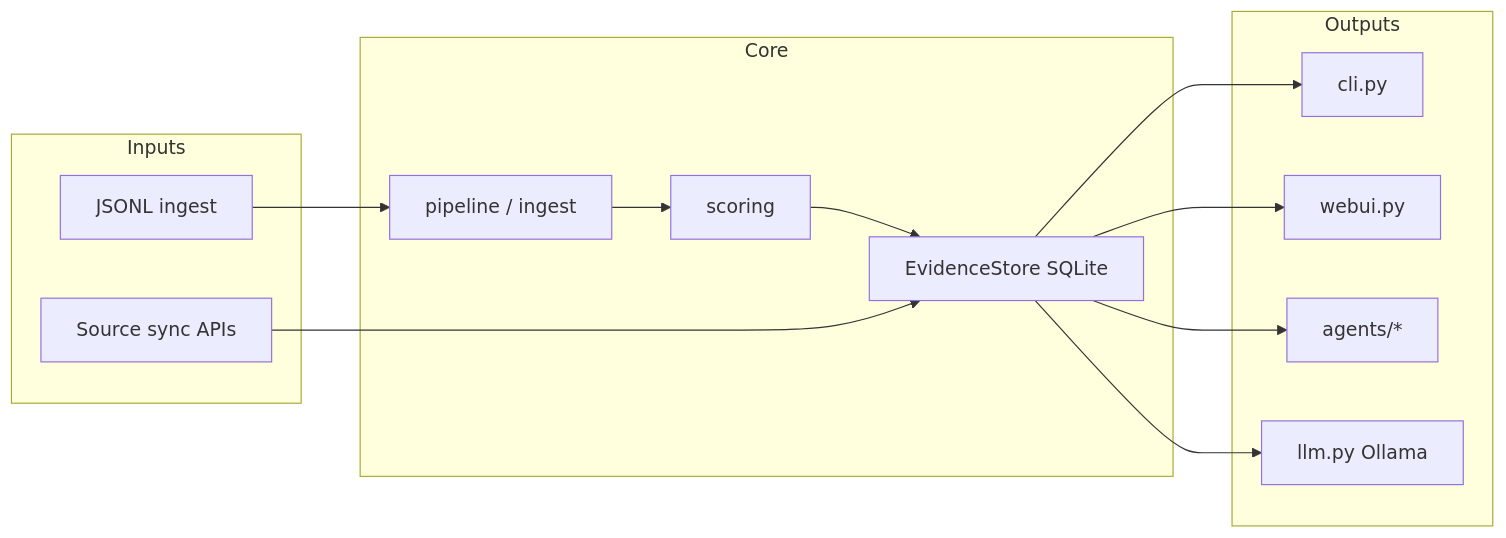
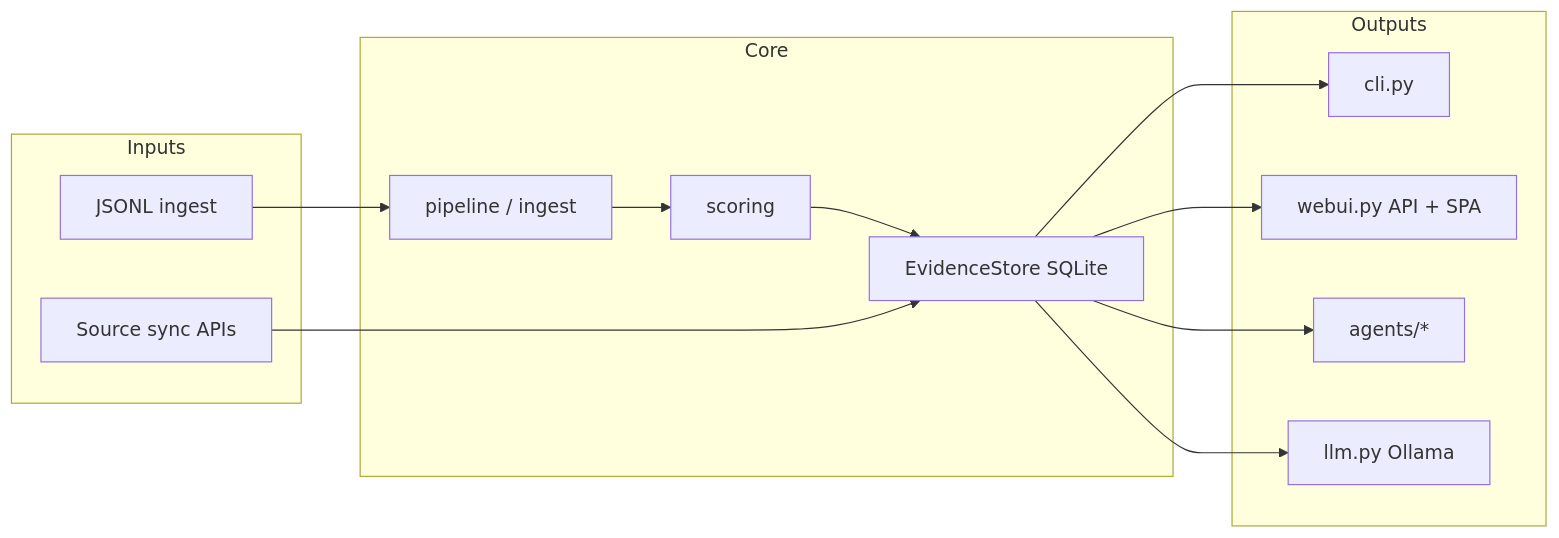
One commit to santimarquez/canoniga changed the diagram in AGENTS.md. Above: the diagram before and after it, drawn with Mermaid. The commit also changed other lines of this file and 123 other files, not shown here.

````diff
--- a/AGENTS.md
+++ b/AGENTS.md
@@ -19,24 +19,24 @@
 ```mermaid
 flowchart LR
     subgraph inputs [Inputs]
         JSONL[JSONL ingest]
         Sync[Source sync APIs]
     end
     subgraph core [Core]
         Pipeline[pipeline / ingest]
         Scoring[scoring]
         Store[EvidenceStore SQLite]
     end
     subgraph outputs [Outputs]
         CLI[cli.py]
-        WebUI[webui.py]
+        WebUI[webui.py API + SPA]
         Agents[agents/*]
         LLM[llm.py Ollama]
     end
     JSONL --> Pipeline --> Scoring --> Store
     Sync --> Store
     Store --> CLI
     Store --> WebUI
     Store --> Agents
     Store --> LLM
 ```
````
